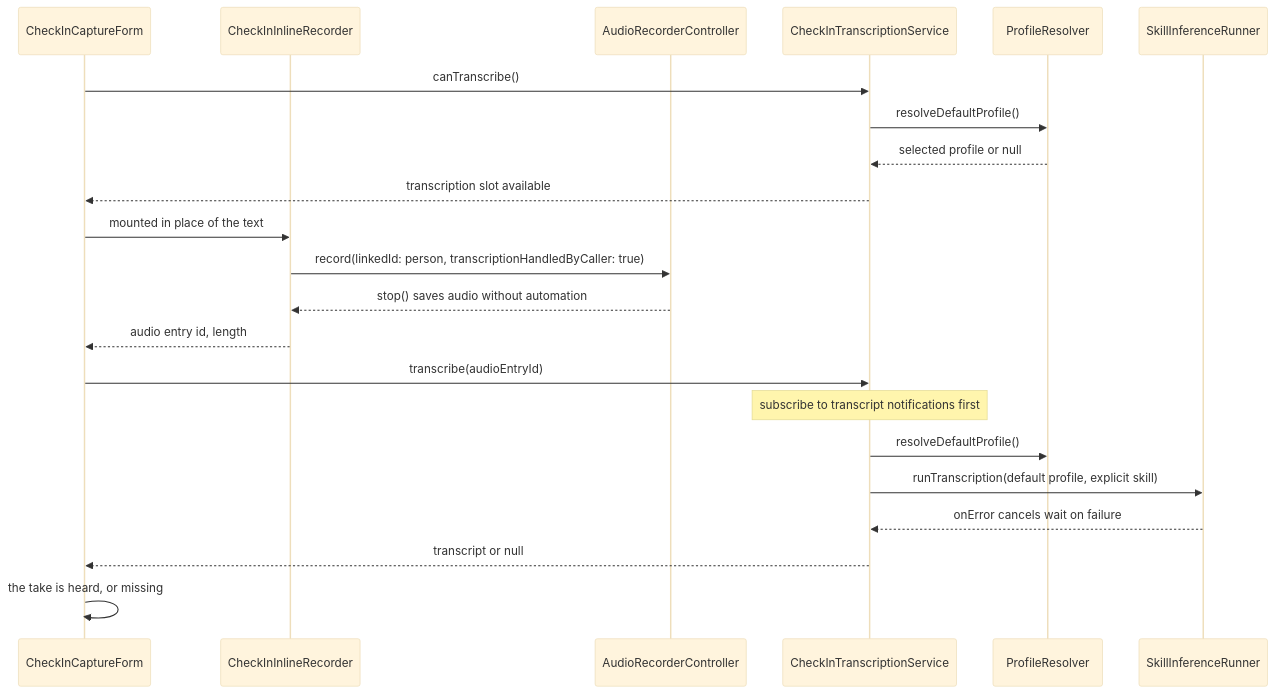
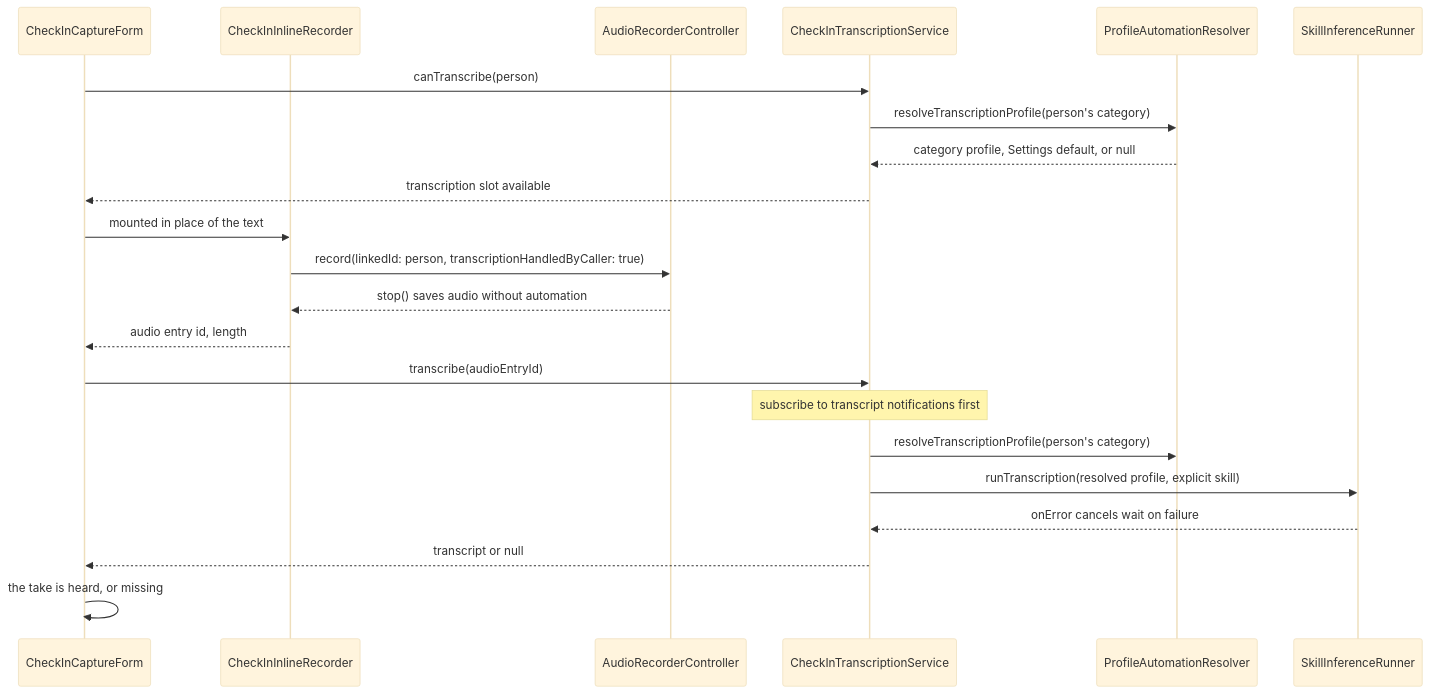
Diagram 16 of 20 in knowledge/features/relationships.md (matthiasn/lotti), drawn with Mermaid (base theme) before and after one commit. The commit also changed other lines of this file and 50 other files, not shown here.

Commit message:
fix(speech): goal and People recordings transcribe through their category's profile (#4930)

````diff
--- a/knowledge/features/relationships.md
+++ b/knowledge/features/relationships.md
@@ -2292,24 +2304,24 @@
 ```mermaid
 sequenceDiagram
   participant Sheet as CheckInCaptureForm
   participant Inline as CheckInInlineRecorder
   participant Rec as AudioRecorderController
   participant Svc as CheckInTranscriptionService
-  participant Profile as ProfileResolver
+  participant Profile as ProfileAutomationResolver
   participant Runner as SkillInferenceRunner
-  Sheet->>Svc: canTranscribe()
-  Svc->>Profile: resolveDefaultProfile()
-  Profile-->>Svc: selected profile or null
+  Sheet->>Svc: canTranscribe(person)
+  Svc->>Profile: resolveTranscriptionProfile(person's category)
+  Profile-->>Svc: category profile, Settings default, or null
   Svc-->>Sheet: transcription slot available
   Sheet->>Inline: mounted in place of the text
   Inline->>Rec: record(linkedId: person, transcriptionHandledByCaller: true)
   Rec-->>Inline: stop() saves audio without automation
   Inline-->>Sheet: audio entry id, length
   Sheet->>Svc: transcribe(audioEntryId)
   Note over Svc: subscribe to transcript notifications first
-  Svc->>Profile: resolveDefaultProfile()
-  Svc->>Runner: runTranscription(default profile, explicit skill)
+  Svc->>Profile: resolveTranscriptionProfile(person's category)
+  Svc->>Runner: runTranscription(resolved profile, explicit skill)
   Runner-->>Svc: onError cancels wait on failure
   Svc-->>Sheet: transcript or null
   Sheet->>Sheet: the take is heard, or missing
 ```
````
